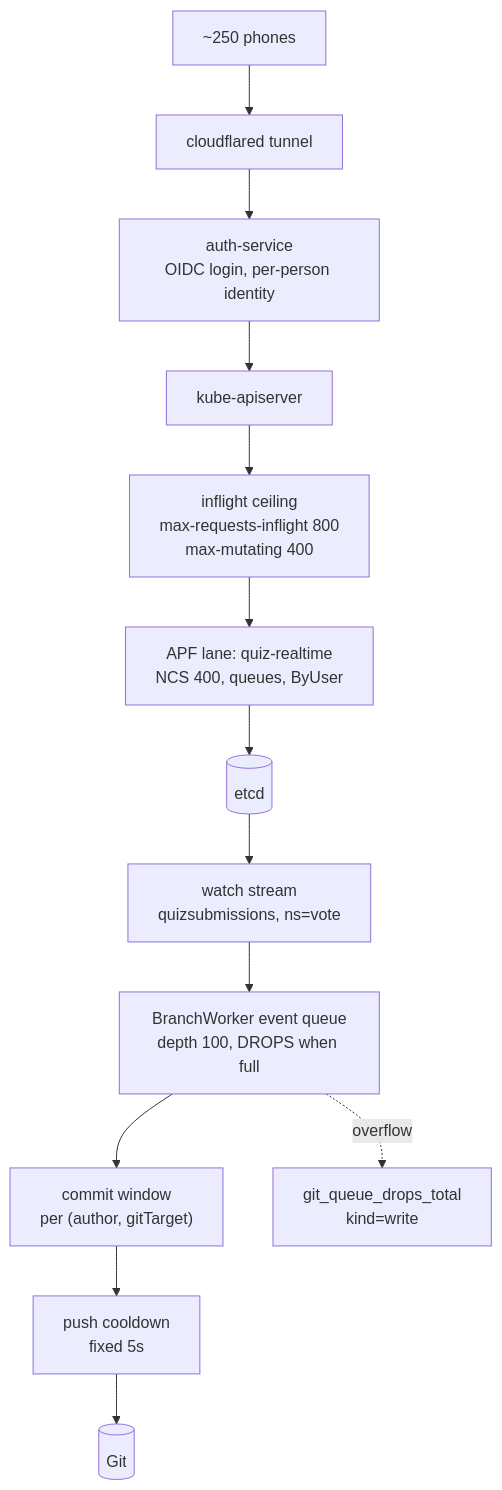
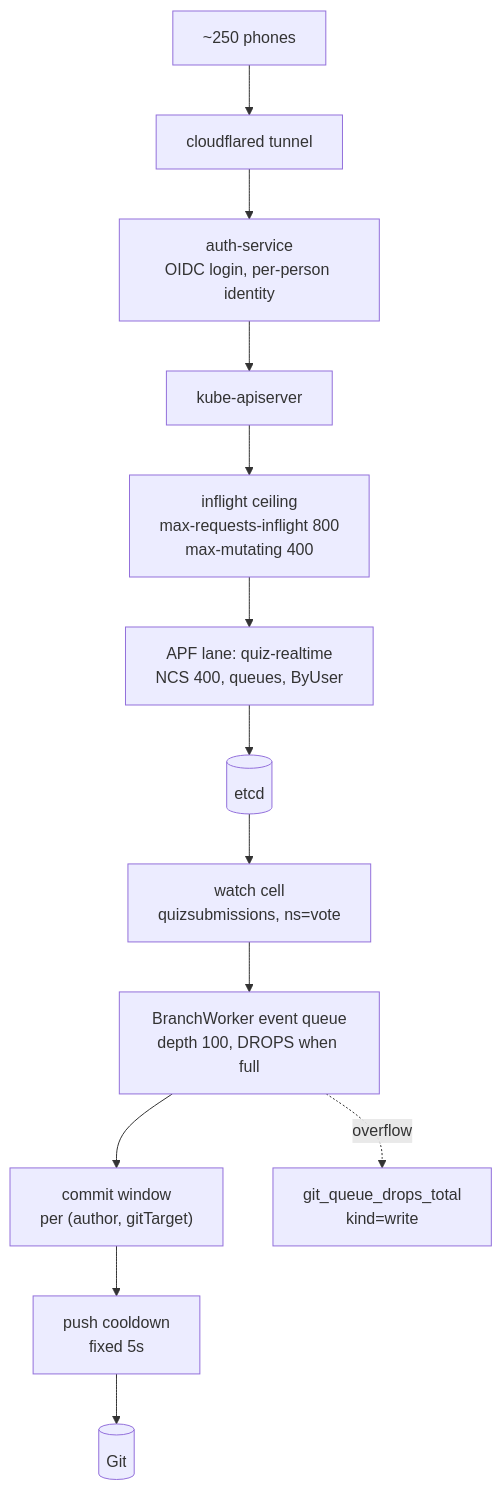
The fifth of 5 diagrams in docs/gitops-reverser-input.md (reverse-gitops/talks), drawn with Mermaid before and after one commit. The commit also changed other lines of this file and 4 other files, not shown here.

````diff
--- a/docs/gitops-reverser-input.md
+++ b/docs/gitops-reverser-input.md
@@ -147,18 +306,18 @@
 ```mermaid
 flowchart TB
   P["~250 phones"] --> CF["cloudflared tunnel"]
   CF --> AUTH["auth-service<br/>OIDC login, per-person identity"]
   AUTH --> KAS["kube-apiserver"]
 
   KAS --> INF["inflight ceiling<br/>max-requests-inflight 800<br/>max-mutating 400"]
   INF --> APF["APF lane: quiz-realtime<br/>NCS 400, queues, ByUser"]
   APF --> ETCD[("etcd")]
 
-  ETCD --> WATCH["watch stream<br/>quizsubmissions, ns=vote"]
+  ETCD --> WATCH["watch cell<br/>quizsubmissions, ns=vote"]
   WATCH --> BQ["BranchWorker event queue<br/>depth 100, DROPS when full"]
   BQ --> WIN["commit window<br/>per (author, gitTarget)"]
   WIN --> PUSH["push cooldown<br/>fixed 5s"]
   PUSH --> GIT[("Git")]
 
   BQ -.->|"overflow"| DROP["git_queue_drops_total<br/>kind=write"]
 ```
````
